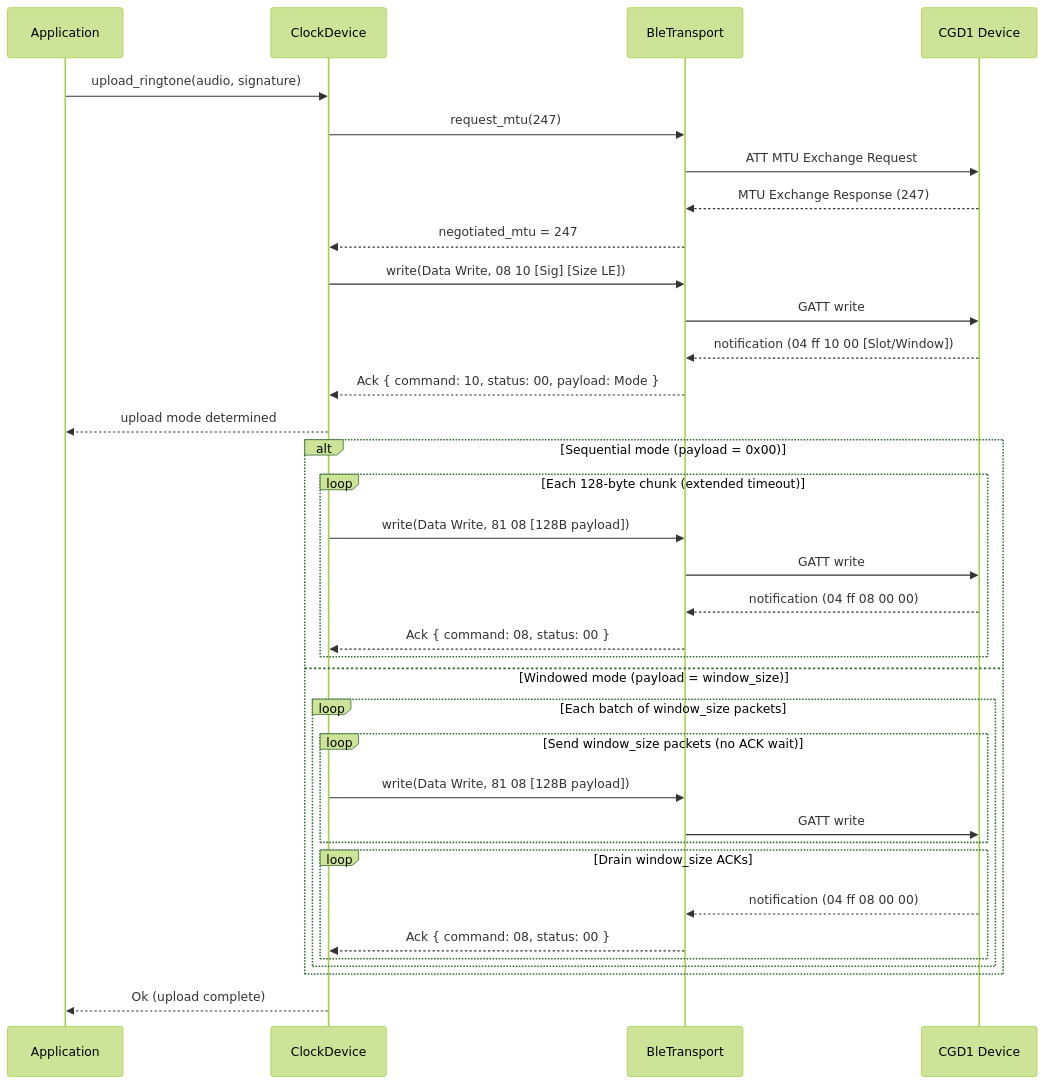
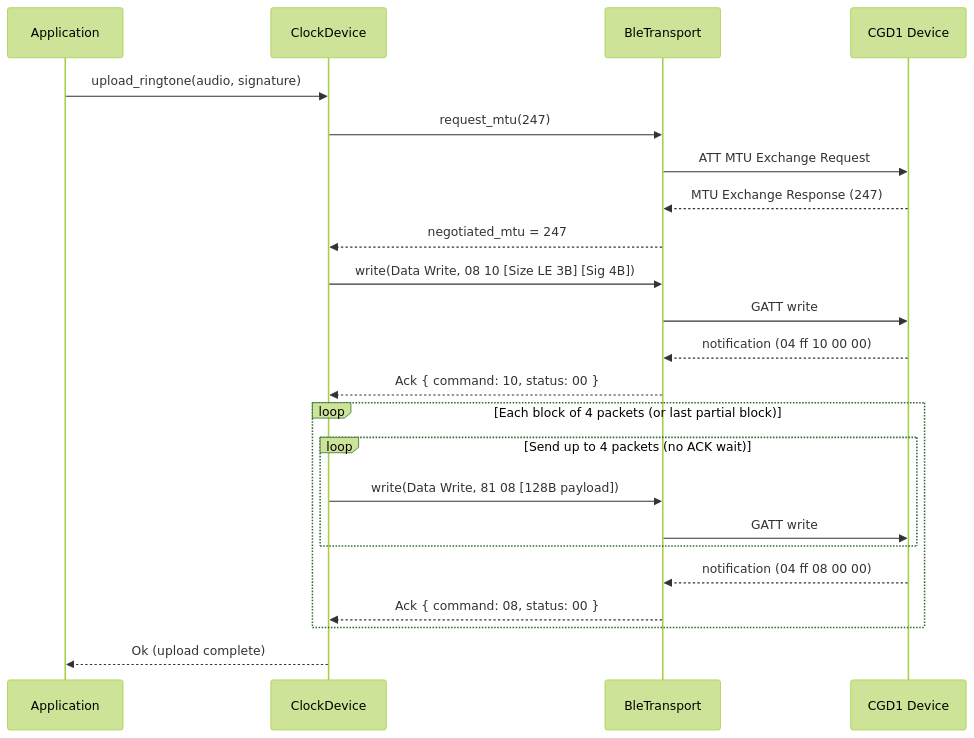
One commit to smearor/cgd1-rs changed the seventh of 9 diagrams in concepts/planned/CGD1-RS.md. Above: the diagram before and after it, drawn with Mermaid (forest theme). The commit also changed other lines of this file and 2 other files, not shown here.

Commit message:
Implemented ringtone upload

````diff
--- a/concepts/planned/CGD1-RS.md
+++ b/concepts/planned/CGD1-RS.md
@@ -2500,40 +2382,28 @@
 ```mermaid
 sequenceDiagram
     participant App as Application
     participant Device as ClockDevice
     participant Transport as BleTransport
     participant CGD1 as CGD1 Device
 
     App->>Device: upload_ringtone(audio, signature)
     Device->>Transport: request_mtu(247)
     Transport->>CGD1: ATT MTU Exchange Request
     CGD1-->>Transport: MTU Exchange Response (247)
     Transport-->>Device: negotiated_mtu = 247
-    Device->>Transport: write(Data Write, 08 10 [Sig] [Size LE])
+    Device->>Transport: write(Data Write, 08 10 [Size LE 3B] [Sig 4B])
     Transport->>CGD1: GATT write
-    CGD1-->>Transport: notification (04 ff 10 00 [Slot/Window])
-    Transport-->>Device: Ack { command: 10, status: 00, payload: Mode }
-    Device-->>App: upload mode determined
+    CGD1-->>Transport: notification (04 ff 10 00 00)
+    Transport-->>Device: Ack { command: 10, status: 00 }
 
-    alt Sequential mode (payload = 0x00)
-        loop Each 128-byte chunk (extended timeout)
+    loop Each block of 4 packets (or last partial block)
+        loop Send up to 4 packets (no ACK wait)
             Device->>Transport: write(Data Write, 81 08 [128B payload])
             Transport->>CGD1: GATT write
-            CGD1-->>Transport: notification (04 ff 08 00 00)
-            Transport-->>Device: Ack { command: 08, status: 00 }
         end
-    else Windowed mode (payload = window_size)
-        loop Each batch of window_size packets
-            loop Send window_size packets (no ACK wait)
-                Device->>Transport: write(Data Write, 81 08 [128B payload])
-                Transport->>CGD1: GATT write
-            end
-            loop Drain window_size ACKs
-                CGD1-->>Transport: notification (04 ff 08 00 00)
-                Transport-->>Device: Ack { command: 08, status: 00 }
-            end
-        end
+        CGD1-->>Transport: notification (04 ff 08 00 00)
+        Transport-->>Device: Ack { command: 08, status: 00 }
     end
 
     Device-->>App: Ok (upload complete)
 ```
````
